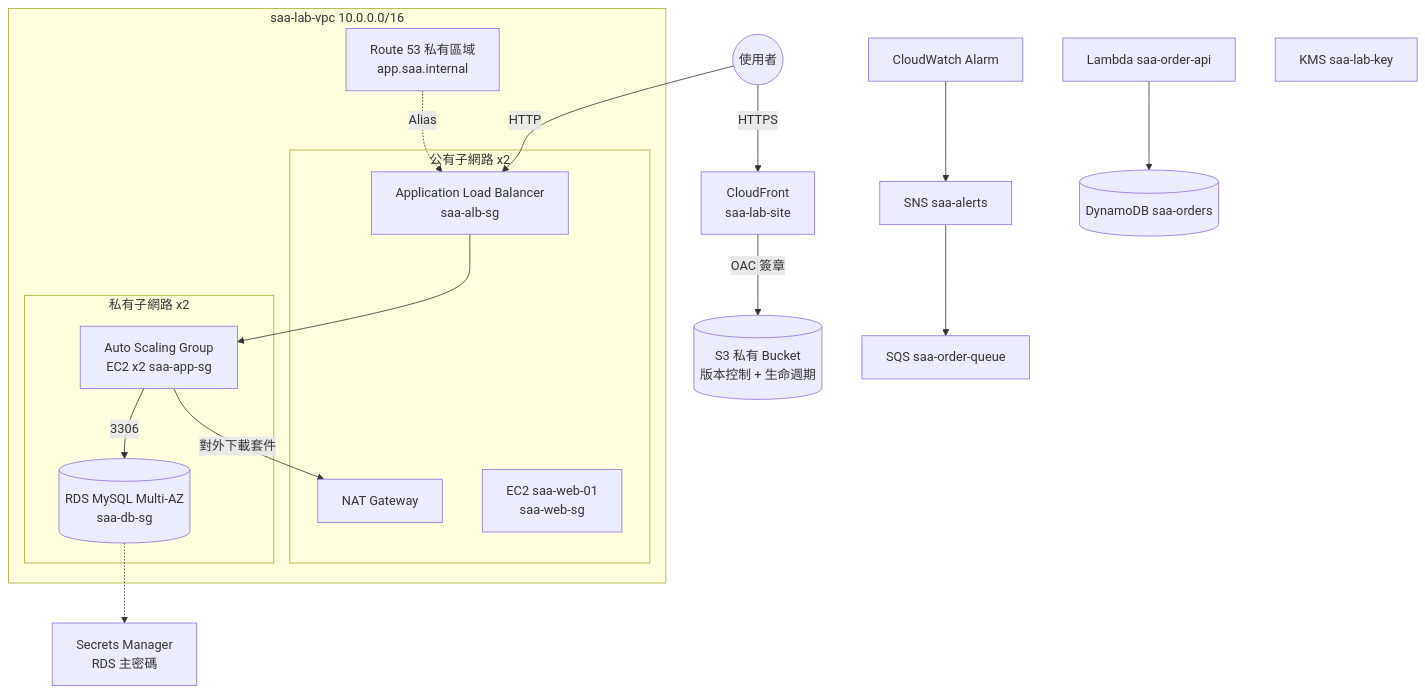
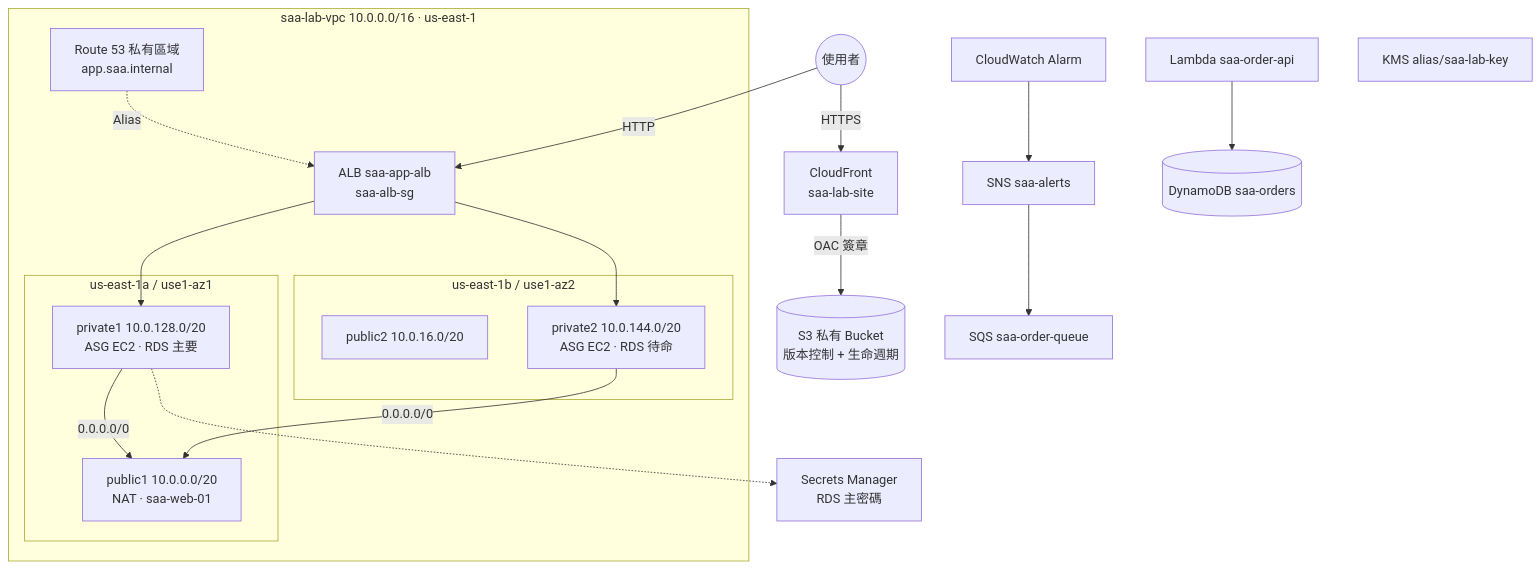
One commit to ChunPingWang/aws-saa-preparation changed the second of 2 diagrams in README.md. Above: the diagram before and after it, drawn with Mermaid. The commit also changed other lines of this file, not shown here.

Commit message:
v2: README — identity per lab, full step explanations, IAM password/login, CIDR & Regional/Zonal, resource map, practical extensions

````diff
--- a/README.md
+++ b/README.md
@@ -115,29 +136,30 @@
 ```mermaid
 flowchart TB
   user((使用者)) -->|HTTPS| CF[CloudFront<br/>saa-lab-site]
   CF -->|OAC 簽章| S3[(S3 私有 Bucket<br/>版本控制 + 生命週期)]
   user -->|HTTP| ALB
 
-  subgraph VPC[saa-lab-vpc 10.0.0.0/16]
-    subgraph PUB[公有子網路 x2]
-      ALB[Application Load Balancer<br/>saa-alb-sg]
-      NAT[NAT Gateway]
-      WEB[EC2 saa-web-01<br/>saa-web-sg]
+  subgraph VPC[saa-lab-vpc 10.0.0.0/16 · us-east-1]
+    subgraph AZA[us-east-1a / use1-az1]
+      PUB1[public1 10.0.0.0/20<br/>NAT · saa-web-01]
+      PRI1[private1 10.0.128.0/20<br/>ASG EC2 · RDS 主要]
     end
-    subgraph PRI[私有子網路 x2]
-      ASG[Auto Scaling Group<br/>EC2 x2 saa-app-sg]
-      RDS[(RDS MySQL Multi-AZ<br/>saa-db-sg)]
+    subgraph AZB[us-east-1b / use1-az2]
+      PUB2[public2 10.0.16.0/20]
+      PRI2[private2 10.0.144.0/20<br/>ASG EC2 · RDS 待命]
     end
+    ALB[ALB saa-app-alb<br/>saa-alb-sg]
     R53[Route 53 私有區域<br/>app.saa.internal]
   end
 
-  ALB --> ASG
-  ASG -->|3306| RDS
-  ASG -->|對外下載套件| NAT
+  ALB --> PRI1
+  ALB --> PRI2
+  PRI1 -->|0.0.0.0/0| PUB1
+  PRI2 -->|0.0.0.0/0| PUB1
   R53 -. Alias .-> ALB
   CW[CloudWatch Alarm] --> SNS[SNS saa-alerts] --> SQS[SQS saa-order-queue]
   LAMBDA[Lambda saa-order-api] --> DDB[(DynamoDB saa-orders)]
-  KMS[KMS saa-lab-key]
+  KMS[KMS alias/saa-lab-key]
   SM[Secrets Manager<br/>RDS 主密碼]
-  RDS -.-> SM
+  PRI1 -.-> SM
 ```
````
